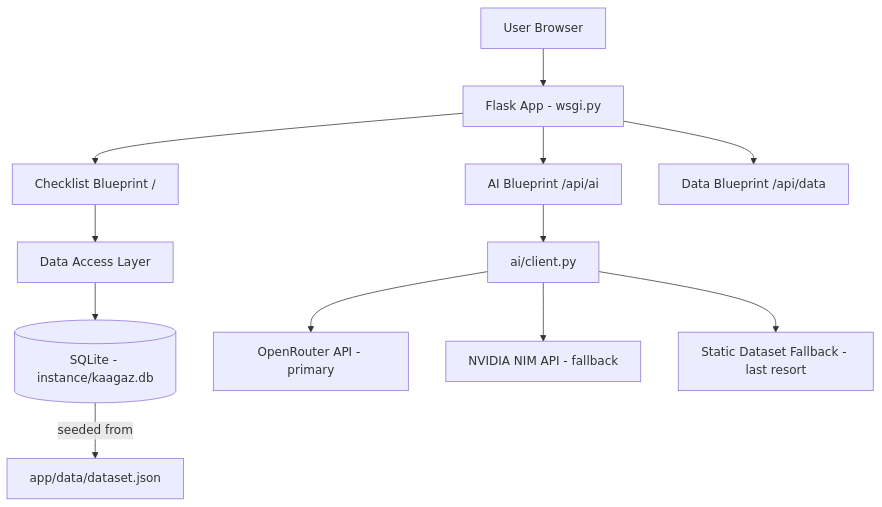
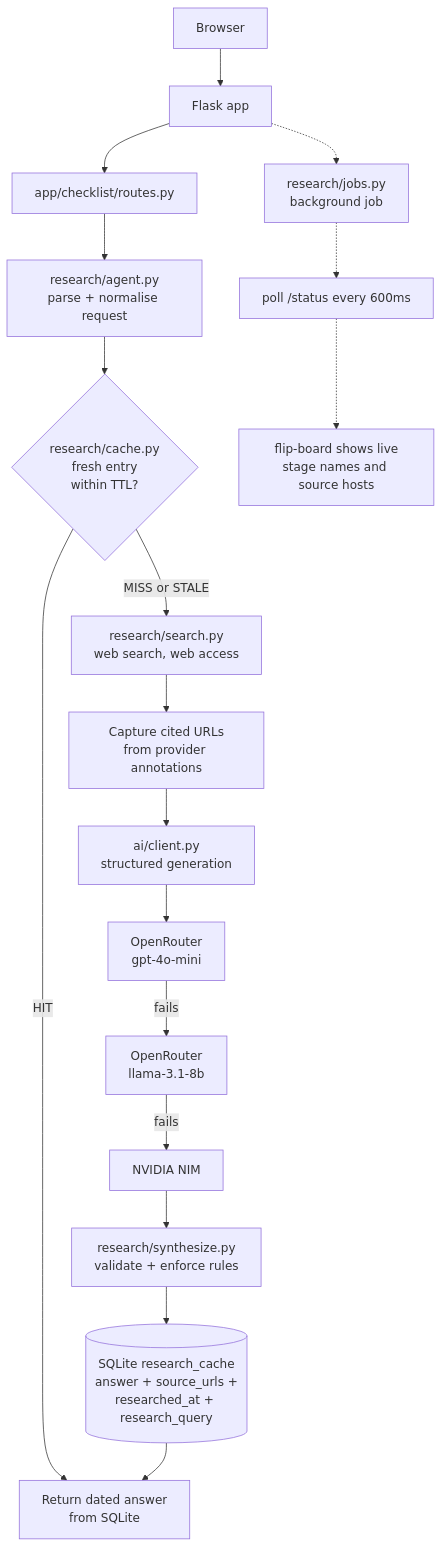
One commit to gabsgj/Kaagaz changed the first of 2 diagrams in README.md. Above: the diagram before and after it, drawn with Mermaid. The commit also changed other lines of this file and 35 other files, not shown here.

First line of the commit message:
Phase 2: research agent, visual redesign, data depth

````diff
--- a/README.md
+++ b/README.md
@@ -27,14 +64,22 @@
 ```mermaid
 graph TD
-    U[User Browser] --> F[Flask App - wsgi.py]
-    F --> CB[Checklist Blueprint /]
-    F --> AIB[AI Blueprint /api/ai]
-    F --> DB_BP[Data Blueprint /api/data]
-    CB --> DA[Data Access Layer]
-    DA --> SQLite[(SQLite - instance/kaagaz.db)]
-    SQLite --> |seeded from| JSON[app/data/dataset.json]
-    AIB --> AC[ai/client.py]
-    AC --> OR[OpenRouter API - primary]
-    AC --> NIM[NVIDIA NIM API - fallback]
-    AC --> SF[Static Dataset Fallback - last resort]
+    U[Browser] --> F[Flask app]
+    F --> R[app/checklist/routes.py]
+    R --> N[research/agent.py<br/>parse + normalise request]
+    N --> C{research/cache.py<br/>fresh entry<br/>within TTL?}
+
+    C -->|HIT| D[Return dated answer<br/>from SQLite]
+    C -->|MISS or STALE| S[research/search.py<br/>web search, web access]
+    S --> CIT[Capture cited URLs<br/>from provider annotations]
+    CIT --> G[ai/client.py<br/>structured generation]
+    G --> P1[OpenRouter<br/>gpt-4o-mini]
+    P1 -->|fails| P2[OpenRouter<br/>llama-3.1-8b]
+    P2 -->|fails| P3[NVIDIA NIM]
+    P3 --> NRM[research/synthesize.py<br/>validate + enforce rules]
+    NRM --> ST[(SQLite research_cache<br/>answer + source_urls +<br/>researched_at + research_query)]
+    ST --> D
+
+    F -.-> J[research/jobs.py<br/>background job]
+    J -.-> POLL[poll /status every 600ms]
+    POLL -.-> BOARD[flip-board shows live<br/>stage names and source hosts]
 ```
````
